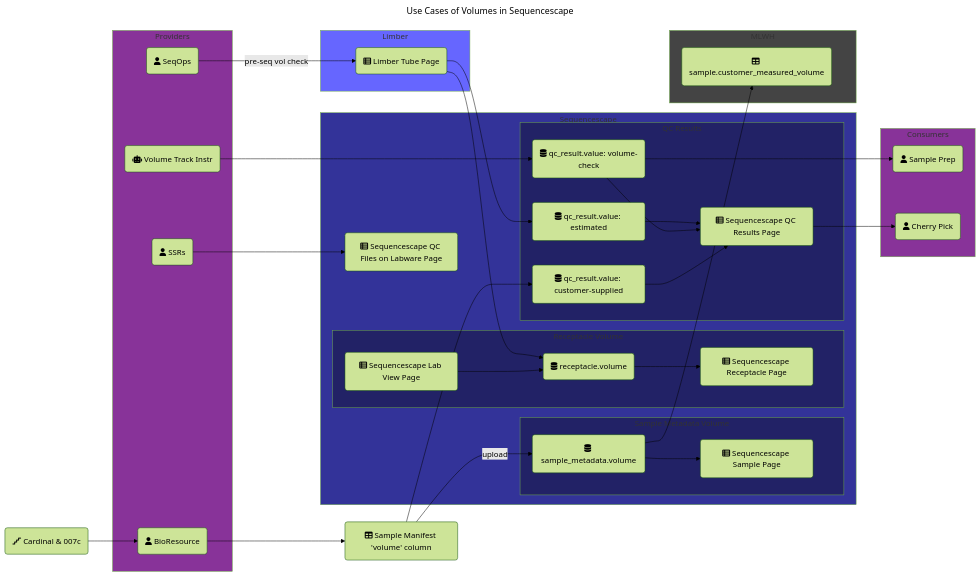
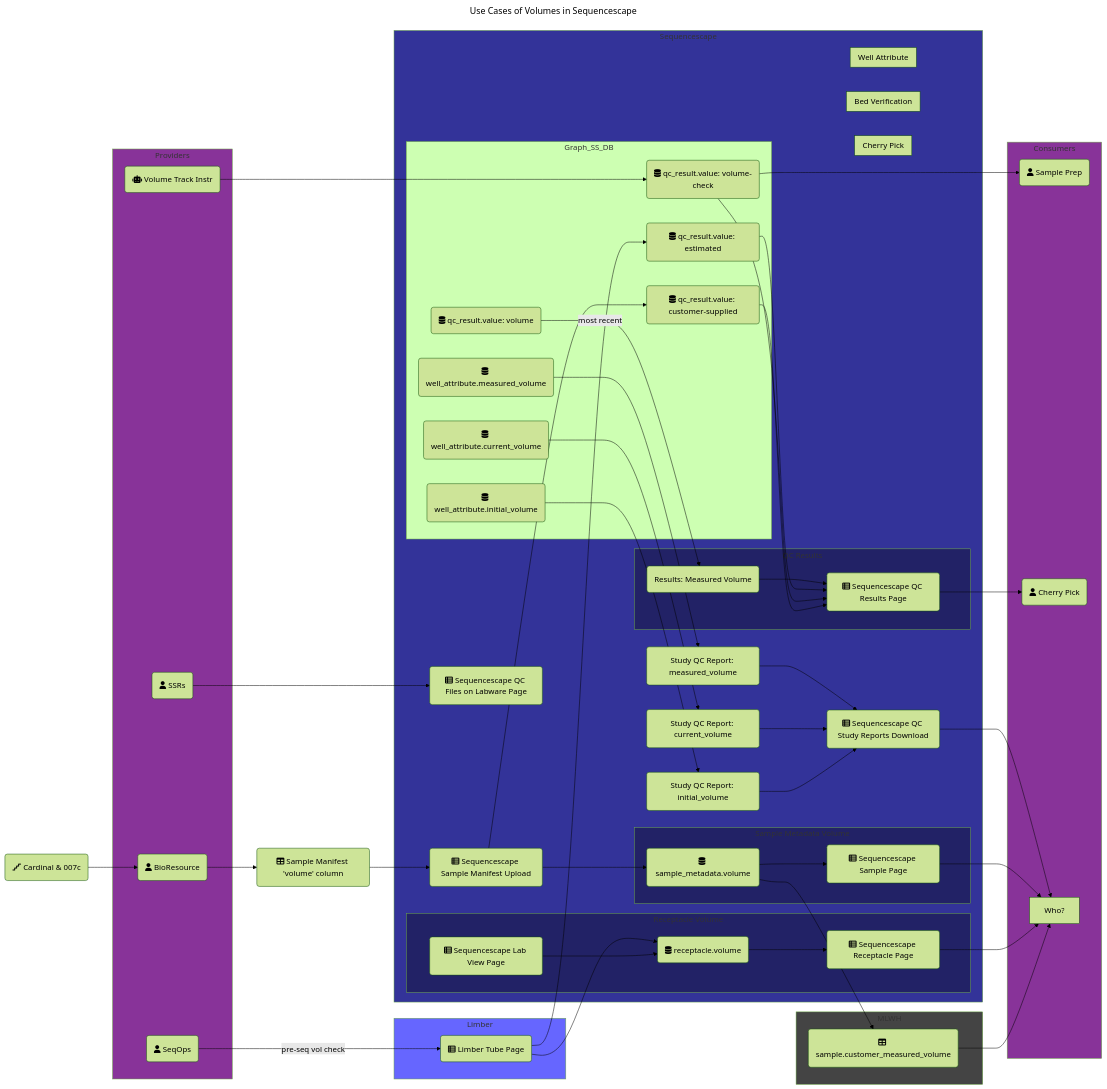
The diagram in volume-uses.mermaid (sanger/sequencescape), drawn with Mermaid (forest theme) before and after one commit.

Commit message:
Add internal components

```diff
--- a/volume-uses.mermaid
+++ b/volume-uses.mermaid
@@ -1,99 +1,139 @@
 ---
 title: Use Cases of Volumes in Sequencescape
 ---
 flowchart LR
     %% Nodes
         PL_Car07c(fa:fa-stairs Cardinal & 007c)
         %% Users
         User_BioRes(fa:fa-user BioResource)
         User_SeqOps(fa:fa-user SeqOps)
         User_SamplePrep(fa:fa-user Sample Prep)
         User_VolTrackInstr(fa:fa-robot Volume Track Instr)
         User_CherryPick(fa:fa-user Cherry Pick)
         User_SSR(fa:fa-user SSRs)
         %% Interface
         Pg_LB_Tube(fa:fa-table-list Limber Tube Page)
+        PG_SS_SampleManifestUpload(fa:fa-table-list Sequencescape Sample Manifest Upload)
         Pg_SS_Sample(fa:fa-table-list Sequencescape Sample Page)
         Pg_SS_LabView(fa:fa-table-list Sequencescape Lab View Page)
         Pg_SS_Receptacle(fa:fa-table-list Sequencescape Receptacle Page)
         Pg_SS_QcResults(fa:fa-table-list Sequencescape QC Results Page)
         Pg_SS_QcFileLabware(fa:fa-table-list Sequencescape QC Files on Labware Page)
+        Pg_SS_QcStudyReports(fa:fa-table-list Sequencescape QC Study Reports Download)
+        %% Components
+        CP_SS_QcResults_MeasVol(Results: Measured Volume)
+        CP_SS_StudyReports_MeasVol(Study QC Report: measured_volume)
+        CP_SS_StudyReports_CurrentVol(Study QC Report: current_volume)
+        CP_SS_StudyReports_InitialVol(Study QC Report: initial_volume)
         %% Data
         Mn_SampleVolCol(fa:fa-table Sample Manifest 'volume' column)
         DB_SS_ReceptacleVol(fa:fa-database receptacle.volume)
         DB_SS_SampleMetDatVol(fa:fa-database sample_metadata.volume)
+        DB_SS_QcResultVol(fa:fa-database qc_result.value: volume)
         DB_SS_QcResultVolChk(fa:fa-database qc_result.value: volume-check)
         DB_SS_QcResultCusSup(fa:fa-database qc_result.value: customer-supplied)
         DB_SS_QcResultEstVol(fa:fa-database qc_result.value: estimated)
+        DB_SS_WellAttrIniVol(fa:fa-database well_attribute.initial_volume)
+        DB_SS_WellAttrCurrVol(fa:fa-database well_attribute.current_volume)
+        DB_SS_WellAttrMeasVol(fa:fa-database well_attribute.measured_volume)
         DB_MLWH_SampleCustMeasVol(fa:fa-table sample.customer_measured_volume)
 
     %% Groupings of nodes
         subgraph Providers
             User_BioRes
             User_SeqOps
             User_SSR
             User_VolTrackInstr
         end
         subgraph Limber
             Pg_LB_Tube
         end
         subgraph Sequencescape
+            CP_SS_StudyReports_CurrentVol
+            CP_SS_StudyReports_InitialVol
+            CP_SS_StudyReports_MeasVol
             Pg_SS_QcFileLabware
+            Pg_SS_QcStudyReports
+            PG_SS_SampleManifestUpload
+
             subgraph Graph_SS_SMV["Sample Metadata Volume"]
                 DB_SS_SampleMetDatVol
                 Pg_SS_Sample
             end
             subgraph Graph_SS_RV["Receptacle Volume"]
                 Pg_SS_LabView
                 DB_SS_ReceptacleVol
                 Pg_SS_Receptacle
             end
             subgraph Graph_SS_QC["QC Results"]
+                CP_SS_QcResults_MeasVol
+                Pg_SS_QcResults
+            end
+            subgraph Graph_SS_CP["Cherry Pick"]
+
+            end
+            subgraph Graph_SS_BedVeri["Bed Verification"]
+
+            end
+            subgraph Graph_SS_WellAttr["Well Attribute"]
+
+            end
+            subgraph Graph_SS_DB
+                DB_SS_QcResultVol
                 DB_SS_QcResultEstVol
                 DB_SS_QcResultVolChk
                 DB_SS_QcResultCusSup
-                Pg_SS_QcResults
+                DB_SS_WellAttrIniVol
+                DB_SS_WellAttrCurrVol
+                DB_SS_WellAttrMeasVol
             end
         end
         subgraph MLWH
             DB_MLWH_SampleCustMeasVol
         end
         subgraph Consumers
             User_SamplePrep
             User_CherryPick
+            Who?
         end
 
 
     %% Edge connections between nodes
-        PL_Car07c --> User_BioRes --> Mn_SampleVolCol -- upload --> DB_SS_SampleMetDatVol
-        Mn_SampleVolCol --> DB_SS_QcResultCusSup
+        PL_Car07c --> User_BioRes --> Mn_SampleVolCol --> PG_SS_SampleManifestUpload --> DB_SS_SampleMetDatVol & DB_SS_QcResultCusSup
+
         User_VolTrackInstr --> DB_SS_QcResultVolChk --> User_SamplePrep
         User_SeqOps -- pre-seq vol check --> Pg_LB_Tube
 
         Pg_LB_Tube --> DB_SS_ReceptacleVol
         Pg_LB_Tube --> DB_SS_QcResultEstVol
 
+        DB_SS_QcResultVol -- most recent --> CP_SS_QcResults_MeasVol --> Pg_SS_QcResults
         DB_SS_QcResultEstVol --> Pg_SS_QcResults
         DB_SS_QcResultVolChk --> Pg_SS_QcResults
         DB_SS_QcResultCusSup --> Pg_SS_QcResults
         Pg_SS_QcResults --> User_CherryPick
 
-        DB_SS_SampleMetDatVol --> Pg_SS_Sample
-        Pg_SS_LabView --> DB_SS_ReceptacleVol --> Pg_SS_Receptacle
+        DB_SS_WellAttrMeasVol --> CP_SS_StudyReports_MeasVol --> Pg_SS_QcStudyReports
+        DB_SS_WellAttrCurrVol --> CP_SS_StudyReports_CurrentVol --> Pg_SS_QcStudyReports
+        DB_SS_WellAttrIniVol --> CP_SS_StudyReports_InitialVol --> Pg_SS_QcStudyReports
+        Pg_SS_QcStudyReports --> Who?
 
-        DB_SS_SampleMetDatVol --> DB_MLWH_SampleCustMeasVol
+        DB_SS_SampleMetDatVol --> Pg_SS_Sample --> Who?
+        Pg_SS_LabView --> DB_SS_ReceptacleVol --> Pg_SS_Receptacle --> Who?
+
+        DB_SS_SampleMetDatVol --> DB_MLWH_SampleCustMeasVol --> Who?
 
         User_SSR --> Pg_SS_QcFileLabware
 
     %% Subgraph styling
         classDef Users fill:#839;
         classDef Limber fill:#66f;
         classDef Sequencescape fill:#339;
         classDef SequencescapeSub fill:#226;
         classDef MLWH fill:#444;
 
         class Providers,Consumers Users;
         class Limber Limber;
         class Sequencescape Sequencescape;
         class Graph_SS_SMV,Graph_SS_RV,Graph_SS_QC SequencescapeSub;
         class MLWH MLWH;
```
